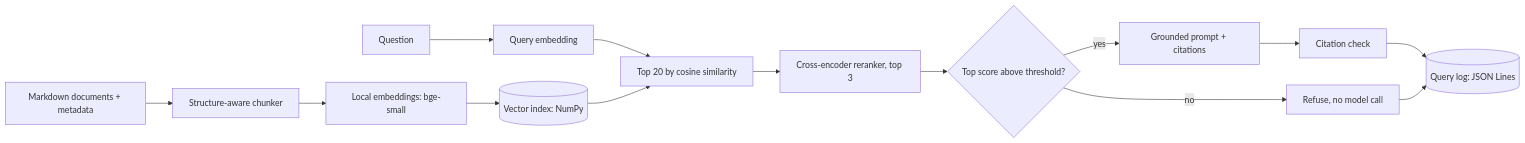
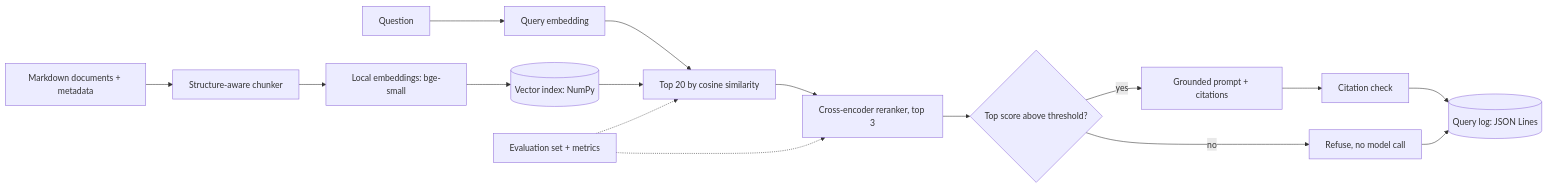
One commit to RevDevBev/ai-platform-ProjectX84 changed the diagram in 02-rag-app/README.md. Above: the diagram before and after it, drawn with Mermaid. The commit also changed other lines of this file and 8 other files, not shown here.

Commit message:
Grow RAG corpus and add retrieval evaluation set

````diff
--- a/02-rag-app/README.md
+++ b/02-rag-app/README.md
@@ -11,16 +11,18 @@
 ```mermaid
 flowchart LR
   D[Markdown documents + metadata] --> C[Structure-aware chunker]
   C --> E[Local embeddings: bge-small]
   E --> I[(Vector index: NumPy)]
   Q[Question] --> QE[Query embedding]
   QE --> S[Top 20 by cosine similarity]
   I --> S
   S --> R[Cross-encoder reranker, top 3]
   R --> T{Top score above threshold?}
   T -- no --> X[Refuse, no model call]
   T -- yes --> G[Grounded prompt + citations]
   G --> V[Citation check]
   V --> L[(Query log: JSON Lines)]
   X --> L
+  EV[Evaluation set + metrics] -.-> S
+  EV -.-> R
 ```
````
